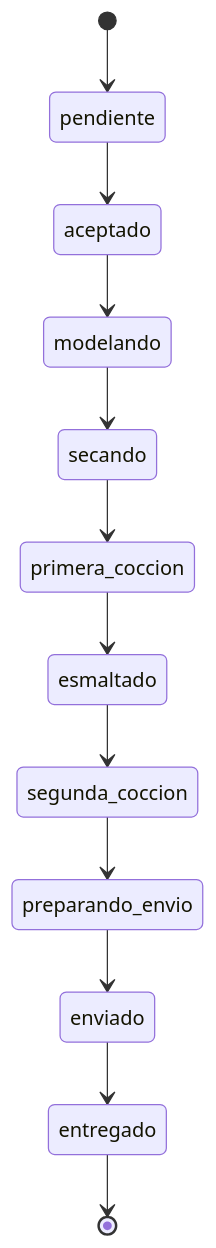
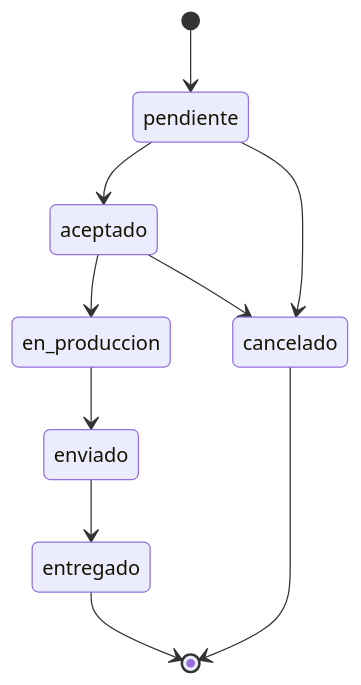
The fourth of 4 diagrams in README.md (andreagro17/studiosep), drawn with Mermaid before and after one commit. The commit also changed other lines of this file and 10 other files, not shown here.

Commit message:
feat: simplify order status flow by reducing production phases and updating related components

````diff
--- a/README.md
+++ b/README.md
@@ -223,14 +223,12 @@
 ```mermaid
 stateDiagram-v2
   [*] --> pendiente
   pendiente --> aceptado
-  aceptado --> modelando
-  modelando --> secando
-  secando --> primera_coccion
-  primera_coccion --> esmaltado
-  esmaltado --> segunda_coccion
-  segunda_coccion --> preparando_envio
-  preparando_envio --> enviado
+  aceptado --> en_produccion
+  en_produccion --> enviado
   enviado --> entregado
   entregado --> [*]
+  pendiente --> cancelado
+  aceptado --> cancelado
+  cancelado --> [*]
 ```
````
